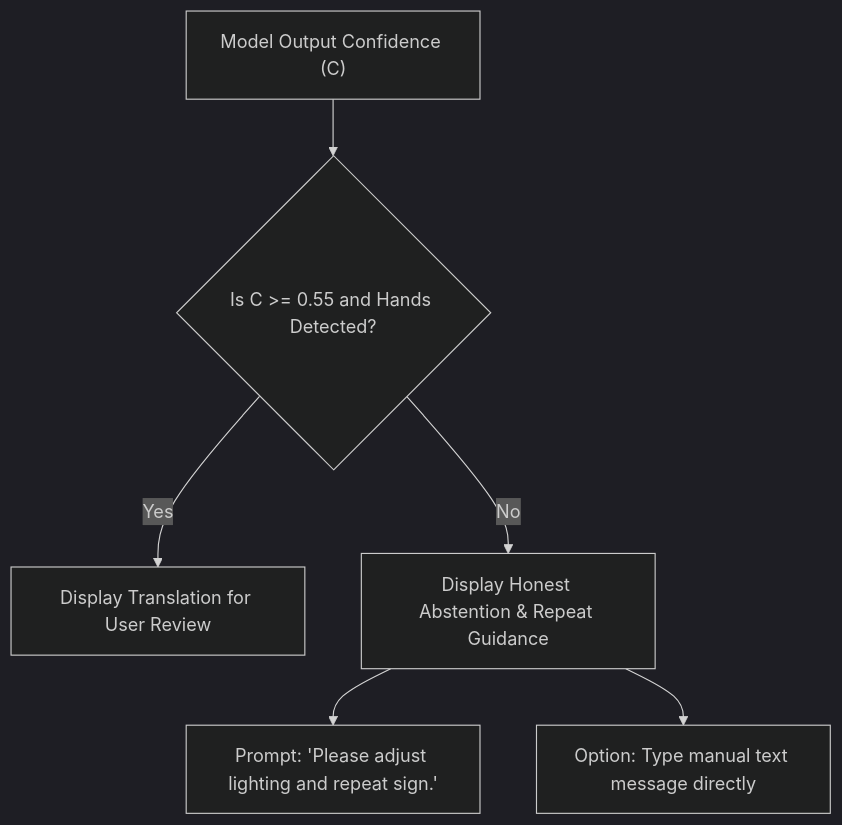
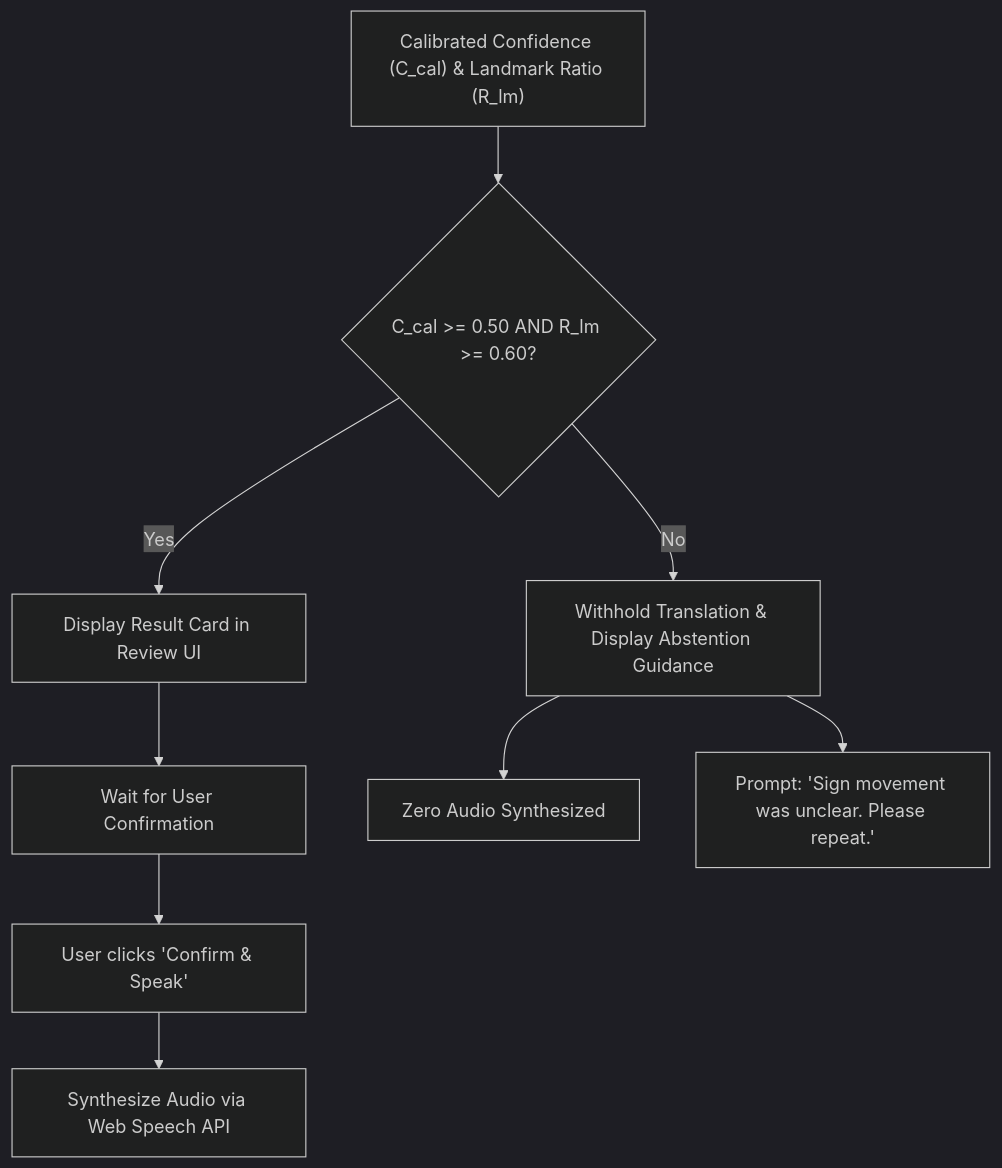
One commit to sengarbhoomi22-bot/SignBridge-Ai changed the fourth of 4 diagrams in docs/implementation-plan/05-translation-and-speech-plan.md. Above: the diagram before and after it, drawn with Mermaid (dark theme). The commit also changed other lines of this file and 5 other files, not shown here.

````diff
--- a/docs/implementation-plan/05-translation-and-speech-plan.md
+++ b/docs/implementation-plan/05-translation-and-speech-plan.md
@@ -171,10 +211,14 @@
 ```mermaid
 flowchart TD
-    Score["Model Output Confidence (C)"]
-    Score --> Check{"Is C >= 0.55 and Hands Detected?"}
-    Check -- Yes --> Success["Display Translation for User Review"]
-    Check -- No --> Abstain["Display Honest Abstention & Repeat Guidance"]
-    
-    Abstain --> OptionA["Prompt: 'Please adjust lighting and repeat sign.'"]
-    Abstain --> OptionB["Option: Type manual text message directly"]
+    Conf["Calibrated Confidence (C_cal) & Landmark Ratio (R_lm)"]
+    Conf --> Check{"C_cal >= 0.50 AND R_lm >= 0.60?"}
+
+    Check -- Yes --> ShowReview["Display Result Card in Review UI"]
+    ShowReview --> WaitForUser["Wait for User Confirmation"]
+    WaitForUser --> UserClicks["User clicks 'Confirm & Speak'"]
+    UserClicks --> Audio["Synthesize Audio via Web Speech API"]
+
+    Check -- No --> Abstain["Withhold Translation & Display Abstention Guidance"]
+    Abstain --> NoAudio["Zero Audio Synthesized"]
+    Abstain --> PromptRepeat["Prompt: 'Sign movement was unclear. Please repeat.'"]
 ```
````
